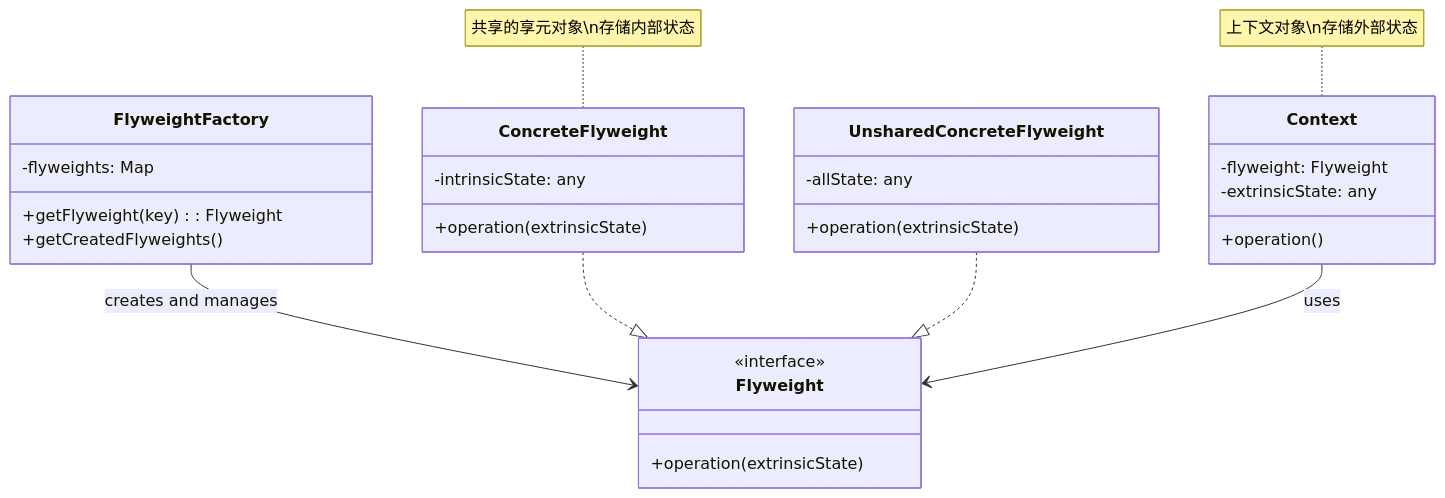
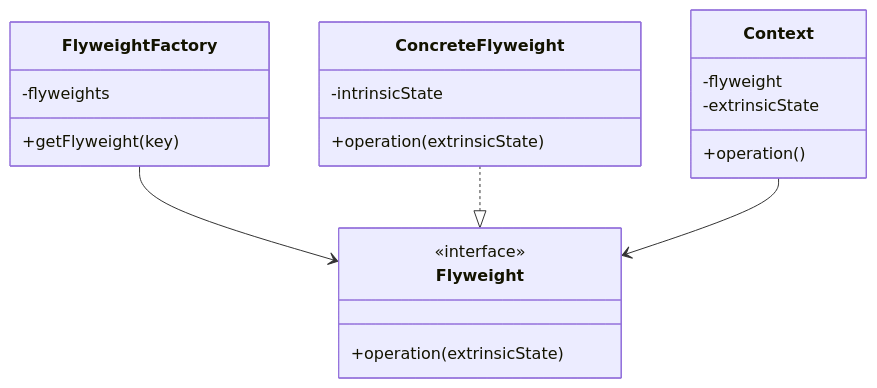
One commit to fanly/DesignPattern changed the first of 4 diagrams in resources/design-patterns/laravel/structural/flyweight_zh.md. Above: the diagram before and after it, drawn with Mermaid. The commit also changed other lines of this file and 17 other files, not shown here.

````diff
--- a/resources/design-patterns/laravel/structural/flyweight_zh.md
+++ b/resources/design-patterns/laravel/structural/flyweight_zh.md
@@ -10,37 +10,27 @@
 ```mermaid
 classDiagram
     class FlyweightFactory {
-        -flyweights: Map
-        +getFlyweight(key): Flyweight
-        +getCreatedFlyweights()
+        -flyweights
+        +getFlyweight(key)
     }
     
     class Flyweight {
         <<interface>>
         +operation(extrinsicState)
     }
     
     class ConcreteFlyweight {
-        -intrinsicState: any
-        +operation(extrinsicState)
-    }
-    
-    class UnsharedConcreteFlyweight {
-        -allState: any
+        -intrinsicState
         +operation(extrinsicState)
     }
     
     class Context {
-        -flyweight: Flyweight
-        -extrinsicState: any
+        -flyweight
+        -extrinsicState
         +operation()
     }
     
-    FlyweightFactory --> Flyweight : creates and manages
+    FlyweightFactory --> Flyweight
     ConcreteFlyweight ..|> Flyweight
-    UnsharedConcreteFlyweight ..|> Flyweight
-    Context --> Flyweight : uses
-    
-    note for ConcreteFlyweight "共享的享元对象\n存储内部状态"
-    note for Context "上下文对象\n存储外部状态"
+    Context --> Flyweight
 ```
````
